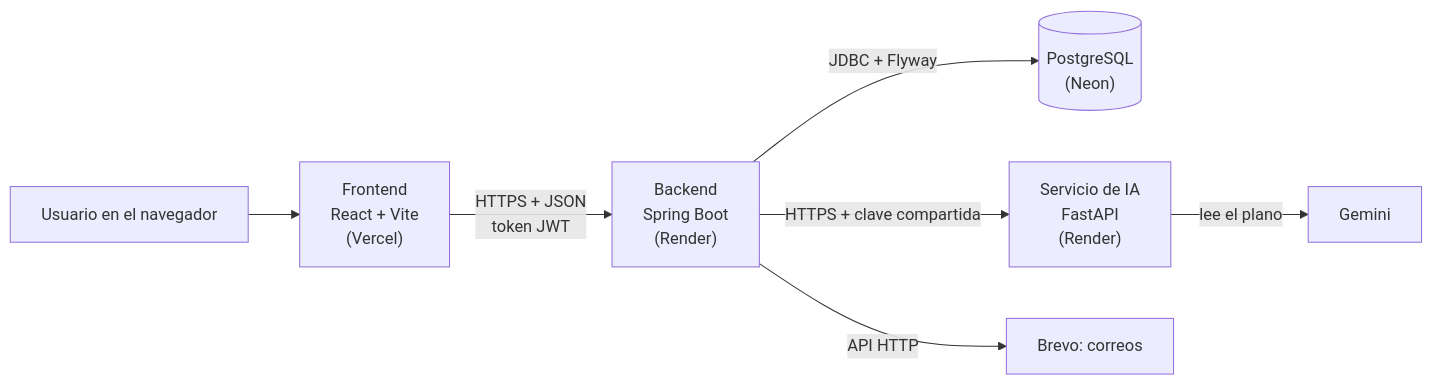
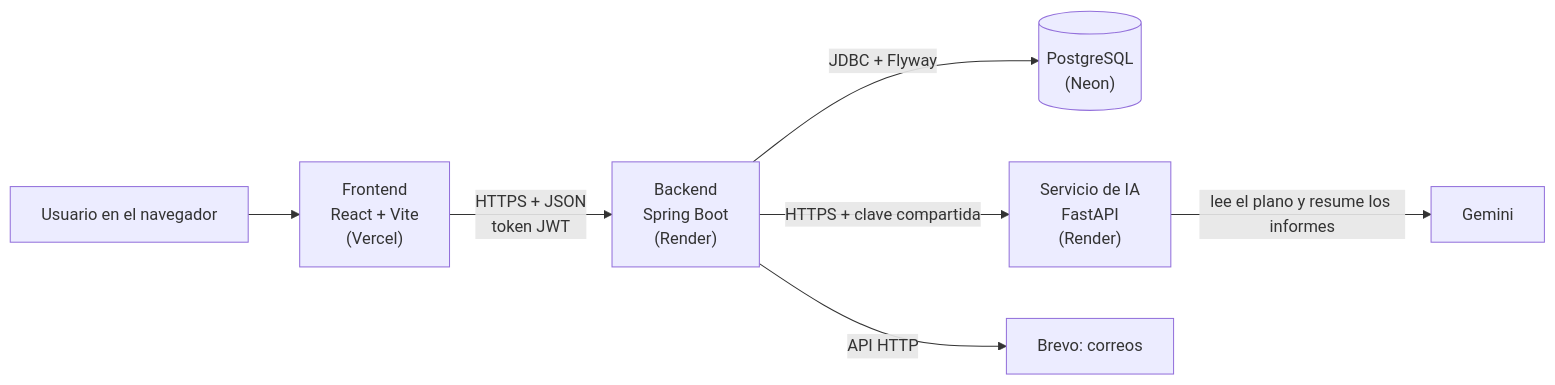
One commit to Kevin-Basante/obraia-backend changed the diagram in README.md. Above: the diagram before and after it, drawn with Mermaid. The commit also changed other lines of this file, not shown here.

Commit message:
docs: add the reports to the flow and the architecture

````diff
--- a/README.md
+++ b/README.md
@@ -13,9 +13,9 @@
 ```mermaid
 flowchart LR
     U[Usuario en el navegador] --> F["Frontend<br/>React + Vite<br/>(Vercel)"]
     F -- "HTTPS + JSON<br/>token JWT" --> B["Backend<br/>Spring Boot<br/>(Render)"]
     B -- "JDBC + Flyway" --> D[("PostgreSQL<br/>(Neon)")]
     B -- "HTTPS + clave compartida" --> I["Servicio de IA<br/>FastAPI<br/>(Render)"]
-    I -- "lee el plano" --> G[Gemini]
+    I -- "lee el plano y resume los informes" --> G[Gemini]
     B -- "API HTTP" --> M[Brevo: correos]
 ```
````
